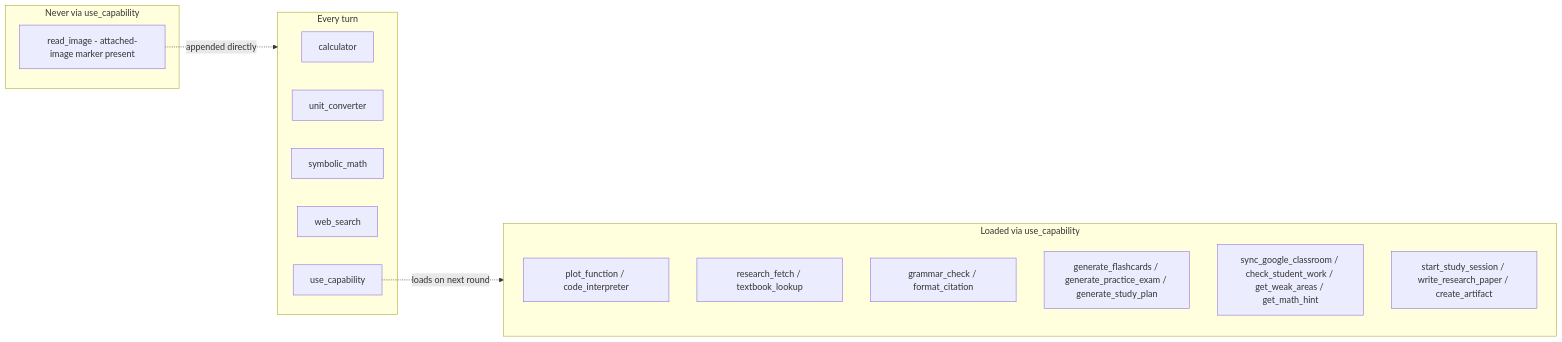
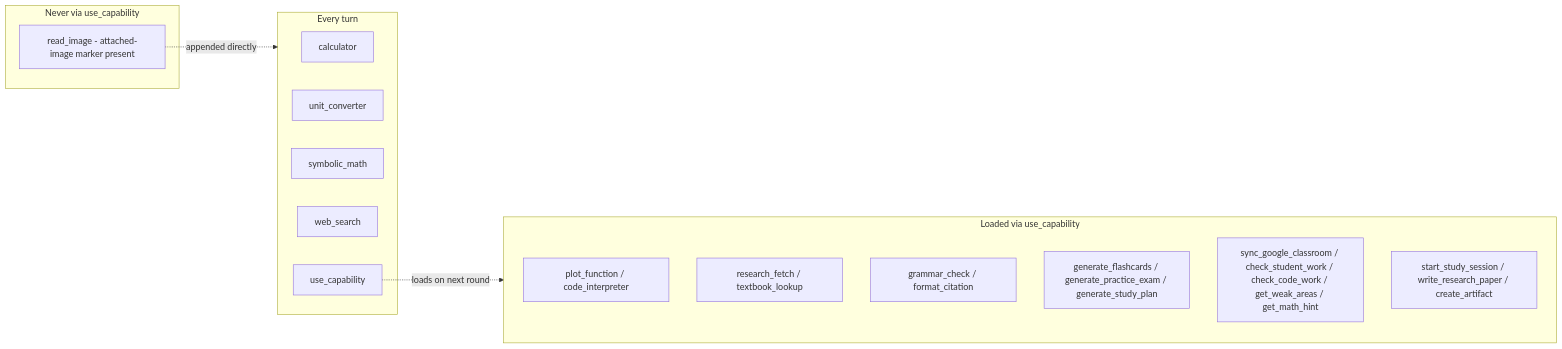
The second of 33 diagrams in docs/tools.md (SRock44/Newton2), drawn with Mermaid before and after one commit. The commit also changed other lines of this file and 9 other files, not shown here.

First line of the commit message:
Add check_code_work: run a student's own code against real tests

````diff
--- a/docs/tools.md
+++ b/docs/tools.md
@@ -59,23 +60,23 @@
 ```mermaid
 flowchart LR
     subgraph Core["Every turn"]
         C1["calculator"]
         C2["unit_converter"]
         C3["symbolic_math"]
         C4["web_search"]
         META["use_capability"]
     end
     subgraph OnDemand["Loaded via use_capability"]
         O1["plot_function / code_interpreter"]
         O2["research_fetch / textbook_lookup"]
         O3["grammar_check / format_citation"]
         O4["generate_flashcards / generate_practice_exam / generate_study_plan"]
-        O5["sync_google_classroom / check_student_work / get_weak_areas / get_math_hint"]
+        O5["sync_google_classroom / check_student_work / check_code_work / get_weak_areas / get_math_hint"]
         O6["start_study_session / write_research_paper / create_artifact"]
     end
     subgraph Deterministic["Never via use_capability"]
         D1["read_image - attached-image marker present"]
     end
     META -. "loads on next round" .-> OnDemand
     D1 -. "appended directly" .-> Core
 ```
````
